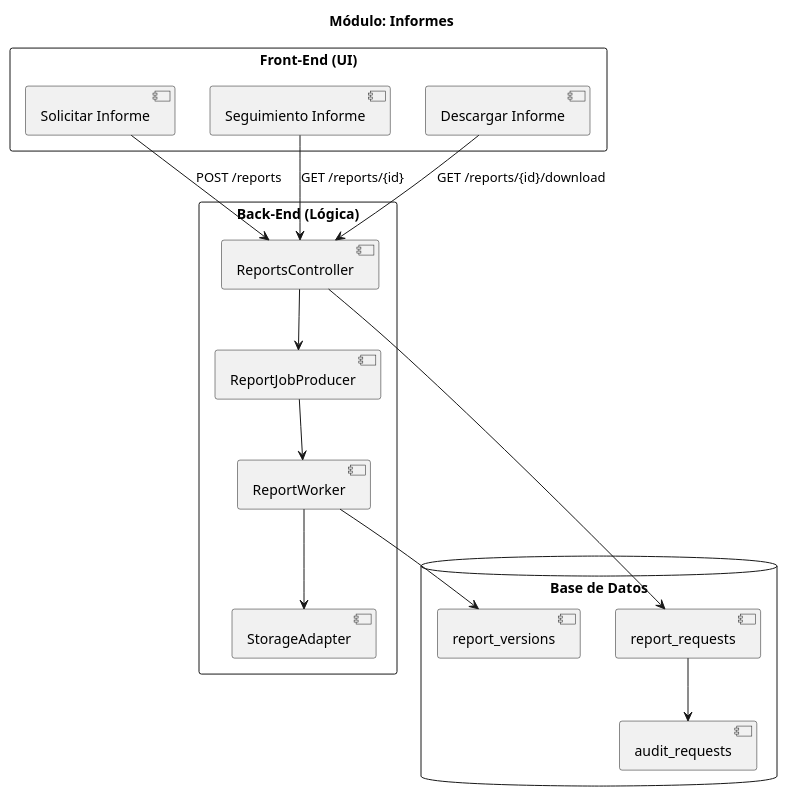
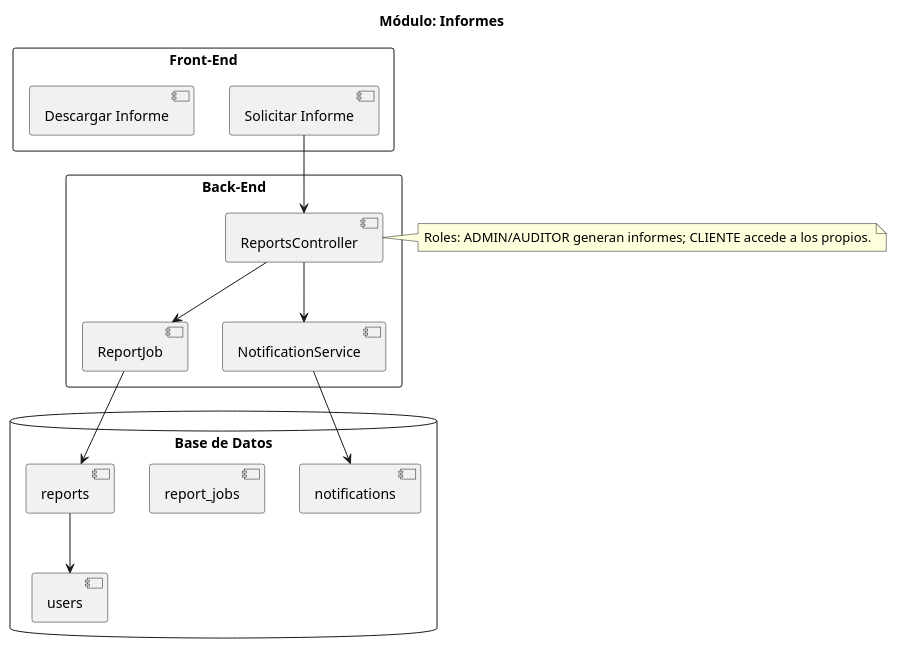
The diagram in docs/plantuml/informes.puml (Orlamrt/SistemaContableISW), drawn with PlantUML before and after one commit. The commit also changed 48 other files, not shown here.

```diff
--- a/docs/plantuml/informes.puml
+++ b/docs/plantuml/informes.puml
@@ -1,33 +1,33 @@
 @startuml
 title Módulo: Informes
 
-rectangle "Front-End (UI)" {
+rectangle "Front-End" {
   [Solicitar Informe]
-  [Seguimiento Informe]
   [Descargar Informe]
 }
 
-rectangle "Back-End (Lógica)" {
+rectangle "Back-End" {
   [ReportsController]
-  [ReportJobProducer]
-  [ReportWorker]
-  [StorageAdapter]
+  [ReportJob]
+  [NotificationService]
 }
 
+note right of [ReportsController]
+  Roles: ADMIN/AUDITOR generan informes; CLIENTE accede a los propios.
+end note
+
 database "Base de Datos" {
-  [report_requests]
-  [report_versions]
-  [audit_requests]
+  [reports]
+  [report_jobs]
+  [notifications]
+  [users]
 }
 
-[Solicitar Informe] --> [ReportsController] : POST /reports
-[Seguimiento Informe] --> [ReportsController] : GET /reports/{id}
-[Descargar Informe] --> [ReportsController] : GET /reports/{id}/download
-[ReportsController] --> [ReportJobProducer]
-[ReportJobProducer] --> [ReportWorker]
-[ReportWorker] --> [StorageAdapter]
-[ReportWorker] --> [report_versions]
-[ReportsController] --> [report_requests]
-[report_requests] --> [audit_requests]
+[Solicitar Informe] --> [ReportsController]
+[ReportsController] --> [ReportJob]
+[ReportJob] --> [reports]
+[ReportsController] --> [NotificationService]
+[NotificationService] --> [notifications]
+[reports] --> [users]
 
 @enduml
```
